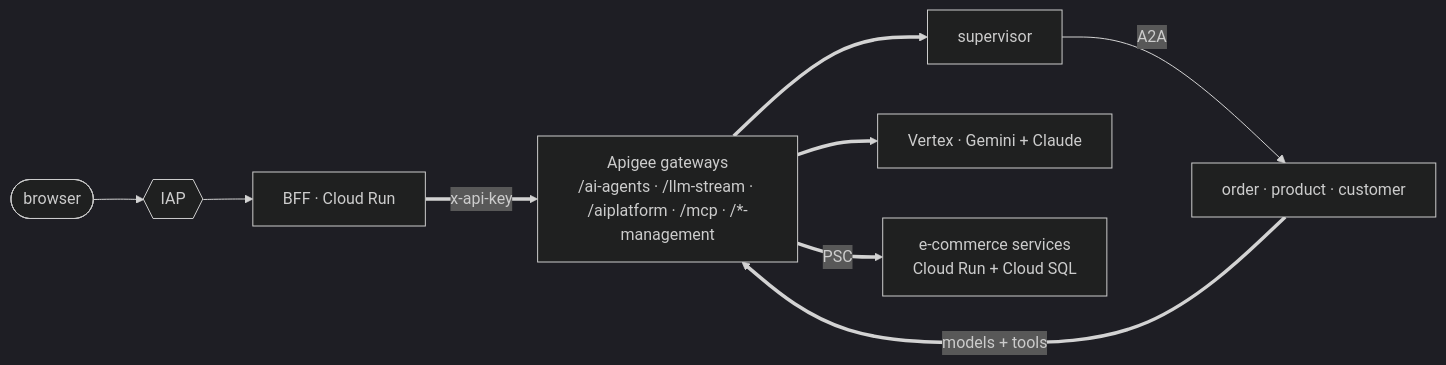
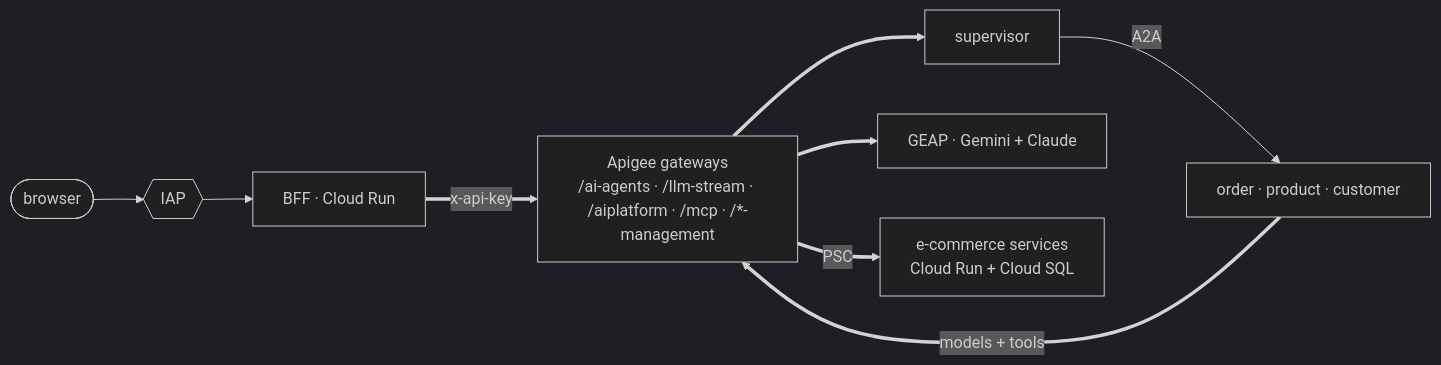
Before and after one commit to ricardosmh/adk-apigee-multiagent-demo: the diagram in README.md, drawn with Mermaid (dark theme). The commit also changed other lines of this file and 34 other files, not shown here.

````diff
--- a/README.md
+++ b/README.md
@@ -49,10 +49,10 @@
 ```mermaid
 flowchart LR
     User([browser]) --> IAP{{IAP}} --> BFF[BFF · Cloud Run]
     BFF ==>|x-api-key| APIGEE["Apigee gateways<br/>/ai-agents · /llm-stream · /aiplatform · /mcp · /*-management"]
     APIGEE ==> Sup[supervisor]
     Sup -->|A2A| Spec[order · product · customer]
     Spec ==>|models + tools| APIGEE
-    APIGEE ==> Gem[Vertex · Gemini + Claude]
+    APIGEE ==> Gem[GEAP · Gemini + Claude]
     APIGEE ==>|PSC| Svc["e-commerce services<br/>Cloud Run + Cloud SQL"]
 ```
````
